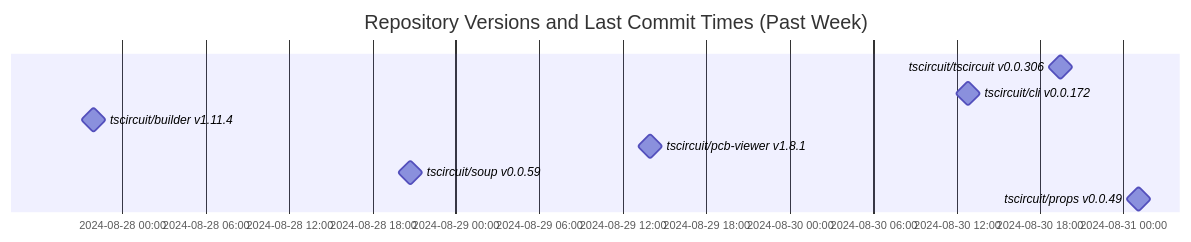
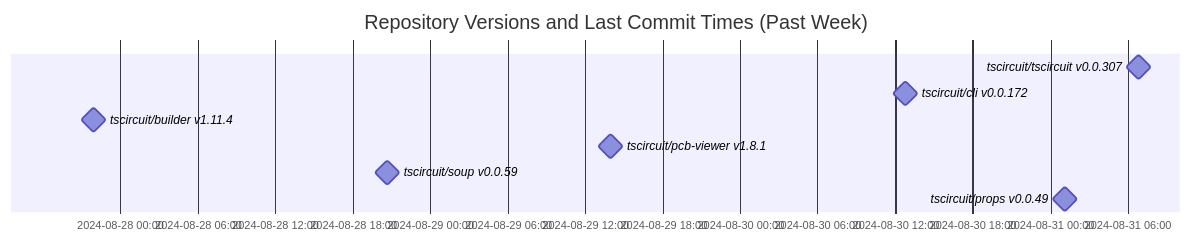
The diagram in README.md (tscircuit/version-tracker), drawn with Mermaid before and after one commit.

Commit message:
Update chart

````diff
--- a/README.md
+++ b/README.md
@@ -1,13 +1,13 @@
 ```mermaid
 gantt
   dateFormat  YYYY-MM-DD HH:mm:ss
   title Repository Versions and Last Commit Times (Past Week)
   axisFormat %Y-%m-%d %H:%M
 
-  tscircuit/tscircuit v0.0.306 : milestone, 2024-08-30 19:28:33, 1s
+  tscircuit/tscircuit v0.0.307 : milestone, 2024-08-31 06:48:58, 1s
   tscircuit/cli v0.0.172 : milestone, 2024-08-30 12:48:12, 1s
   tscircuit/builder v1.11.4 : milestone, 2024-08-27 21:56:45, 1s
   tscircuit/pcb-viewer v1.8.1 : milestone, 2024-08-29 13:56:55, 1s
   tscircuit/soup v0.0.59 : milestone, 2024-08-28 20:42:30, 1s
   tscircuit/props v0.0.49 : milestone, 2024-08-31 01:05:09, 1s
 ```
````
